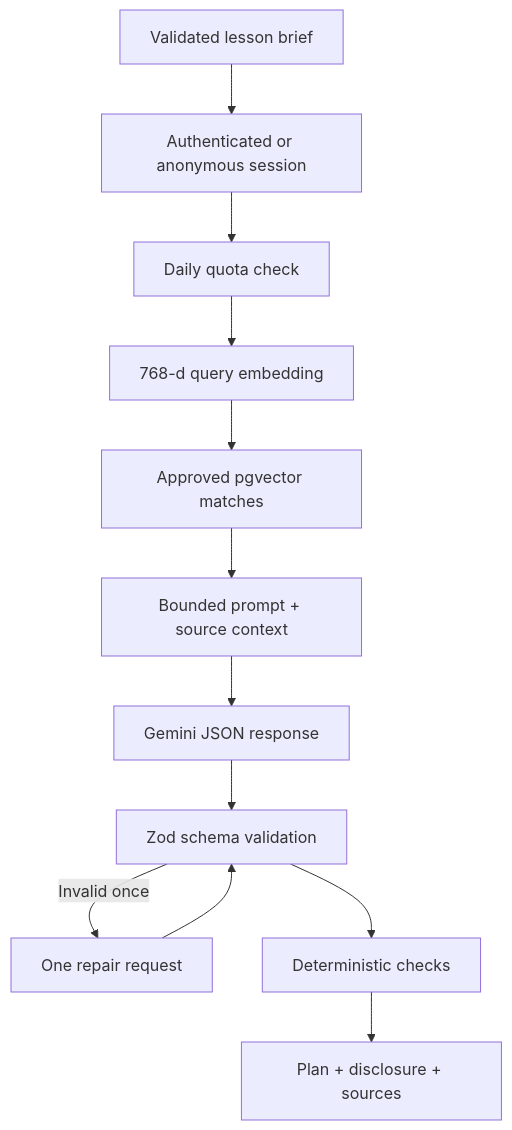
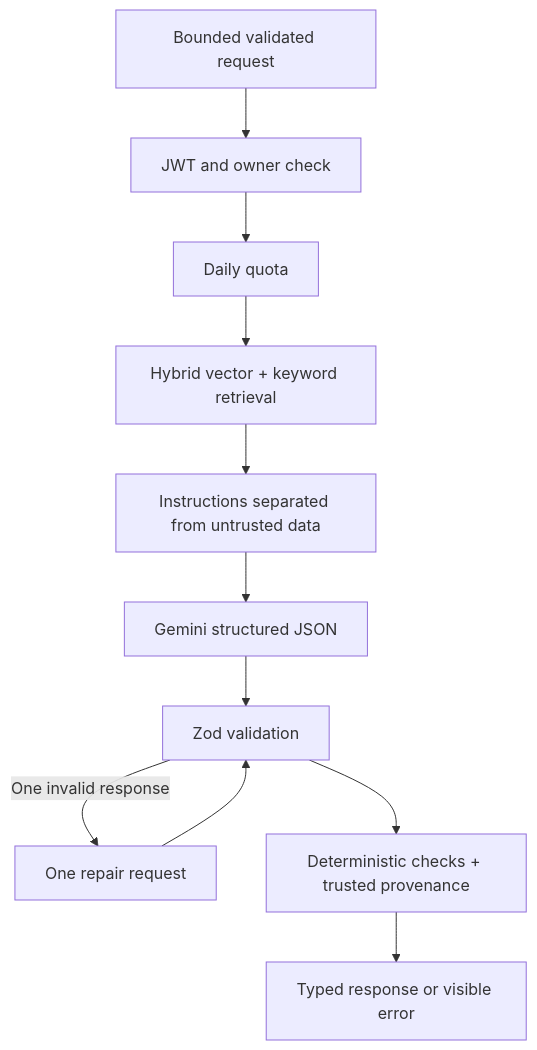
Before and after one commit to harshawardhanchitnis/Omnikon_Hackathon_Harshawardhan_Chitnis: the fourth of 4 diagrams in docs/ARCHITECTURE.md, drawn with Mermaid. The commit also changed other lines of this file and 85 other files, not shown here.

````diff
--- a/docs/ARCHITECTURE.md
+++ b/docs/ARCHITECTURE.md
@@ -86,14 +108,13 @@
 ```mermaid
 flowchart TD
-  INPUT["Validated lesson brief"] --> AUTH["Authenticated or anonymous session"]
-  AUTH --> QUOTA["Daily quota check"]
-  QUOTA --> EMBED["768-d query embedding"]
-  EMBED --> RETRIEVE["Approved pgvector matches"]
-  RETRIEVE --> PROMPT["Bounded prompt + source context"]
-  PROMPT --> GENERATE["Gemini JSON response"]
-  GENERATE --> VALIDATE["Zod schema validation"]
-  VALIDATE -->|Invalid once| REPAIR["One repair request"]
+  INPUT["Bounded validated request"] --> AUTH["JWT and owner check"]
+  AUTH --> QUOTA["Daily quota"]
+  QUOTA --> RETRIEVE["Hybrid vector + keyword retrieval"]
+  RETRIEVE --> PROMPT["Instructions separated from untrusted data"]
+  PROMPT --> GENERATE["Gemini structured JSON"]
+  GENERATE --> VALIDATE["Zod validation"]
+  VALIDATE -->|"One invalid response"| REPAIR["One repair request"]
   REPAIR --> VALIDATE
-  VALIDATE --> QUALITY["Deterministic checks"]
-  QUALITY --> RESULT["Plan + disclosure + sources"]
+  VALIDATE --> QUALITY["Deterministic checks + trusted provenance"]
+  QUALITY --> RESULT["Typed response or visible error"]
 ```
````
